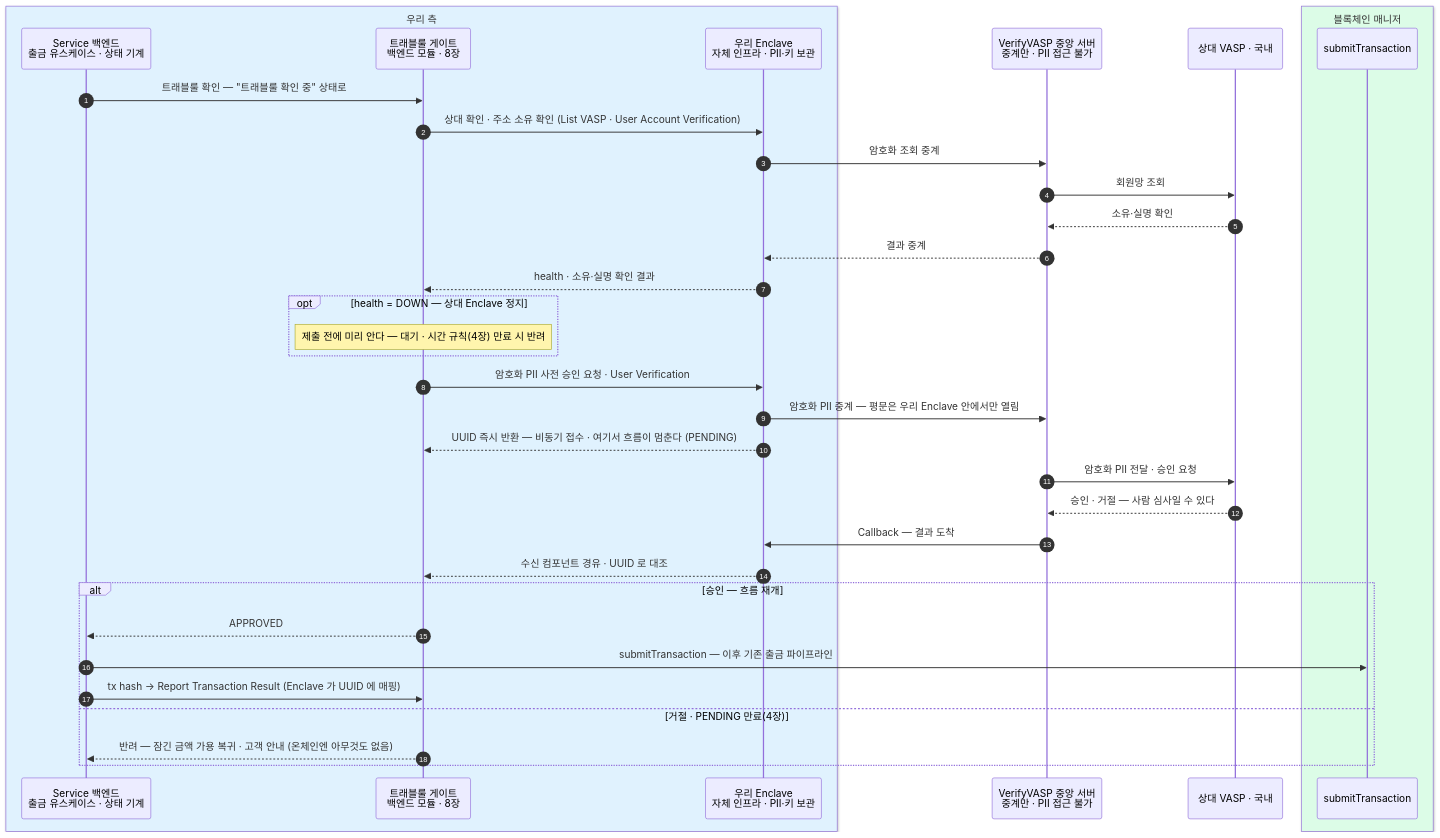
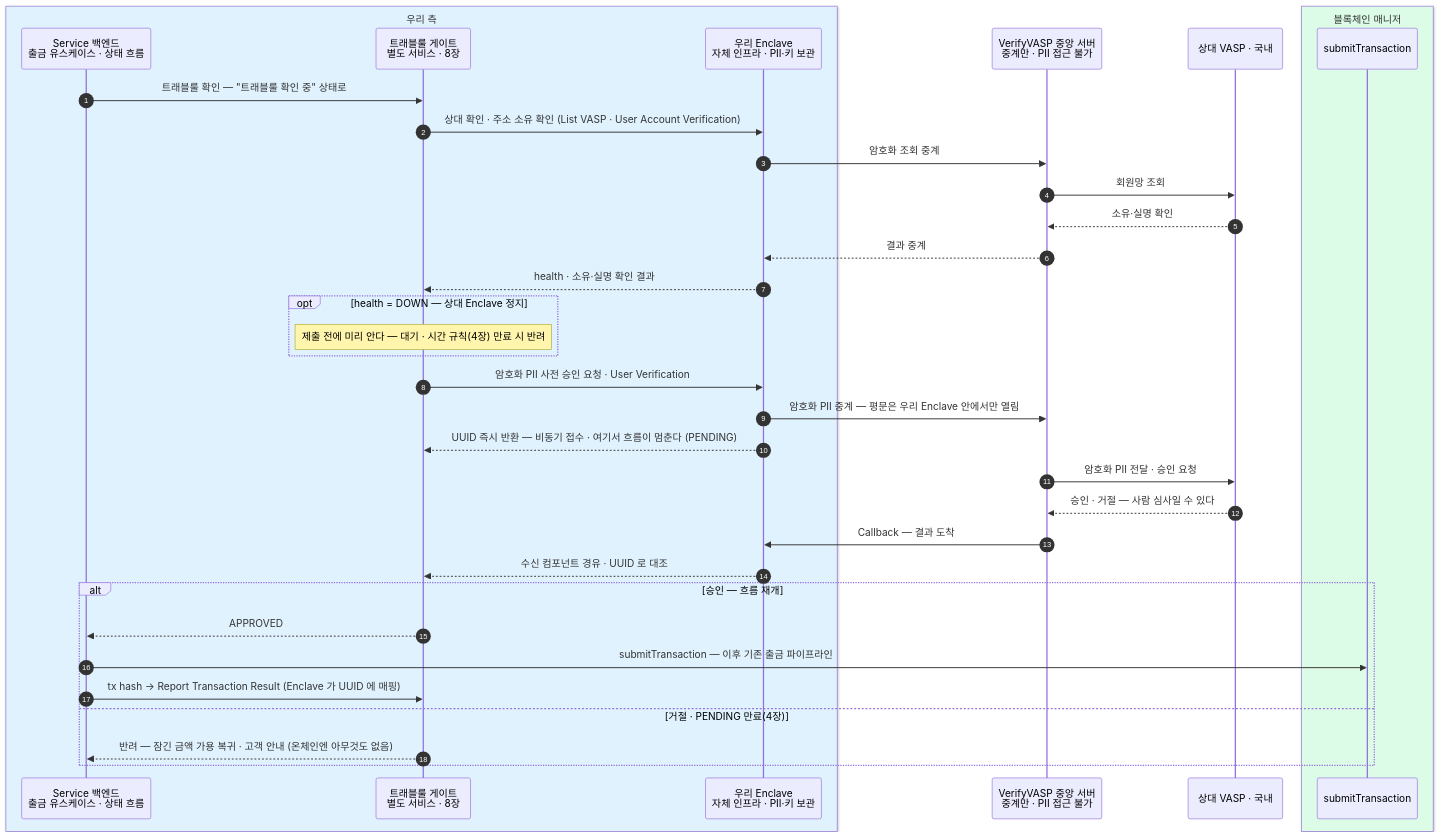
One commit to eunsujeo/eunpus changed the first of 11 diagrams in blockchain-manager/docs/트래블룰/설계/07-scenarios.md. Above: the diagram before and after it, drawn with Mermaid. The commit also changed other lines of this file and 36 other files, not shown here.

````diff
--- a/blockchain-manager/docs/트래블룰/설계/07-scenarios.md
+++ b/blockchain-manager/docs/트래블룰/설계/07-scenarios.md
@@ -39,39 +39,39 @@
 ```mermaid
 sequenceDiagram
     autonumber
     box rgb(224,242,254) 우리 측
-    participant BE as Service 백엔드<br/>출금 유스케이스 · 상태 기계
-    participant GT as 트래블룰 게이트<br/>백엔드 모듈 · 8장
+    participant BE as Service 백엔드<br/>출금 유스케이스 · 상태 흐름
+    participant GT as 트래블룰 게이트<br/>별도 서비스 · 8장
     participant EN as 우리 Enclave<br/>자체 인프라 · PII·키 보관
     end
     participant HUB as VerifyVASP 중앙 서버<br/>중계만 · PII 접근 불가
     participant RV as 상대 VASP · 국내
     box rgb(220,252,231) 블록체인 매니저
     participant BM as submitTransaction
     end
 
     BE->>GT: 트래블룰 확인 — "트래블룰 확인 중" 상태로
     GT->>EN: 상대 확인 · 주소 소유 확인 (List VASP · User Account Verification)
     EN->>HUB: 암호화 조회 중계
     HUB->>RV: 회원망 조회
     RV-->>HUB: 소유·실명 확인
     HUB-->>EN: 결과 중계
     EN-->>GT: health · 소유·실명 확인 결과
     opt health = DOWN — 상대 Enclave 정지
         Note over GT: 제출 전에 미리 안다 — 대기 · 시간 규칙(4장) 만료 시 반려
     end
     GT->>EN: 암호화 PII 사전 승인 요청 · User Verification
     EN->>HUB: 암호화 PII 중계 — 평문은 우리 Enclave 안에서만 열림
     EN-->>GT: UUID 즉시 반환 — 비동기 접수 · 여기서 흐름이 멈춘다 (PENDING)
     HUB->>RV: 암호화 PII 전달 · 승인 요청
     RV-->>HUB: 승인 · 거절 — 사람 심사일 수 있다
     HUB->>EN: Callback — 결과 도착
     EN-->>GT: 수신 컴포넌트 경유 · UUID 로 대조
     alt 승인 — 흐름 재개
         GT-->>BE: APPROVED
         BE->>BM: submitTransaction — 이후 기존 출금 파이프라인
         BE->>GT: tx hash → Report Transaction Result (Enclave 가 UUID 에 매핑)
     else 거절 · PENDING 만료(4장)
         GT-->>BE: 반려 — 잠긴 금액 가용 복귀 · 고객 안내 (온체인엔 아무것도 없음)
     end
 ```
````
